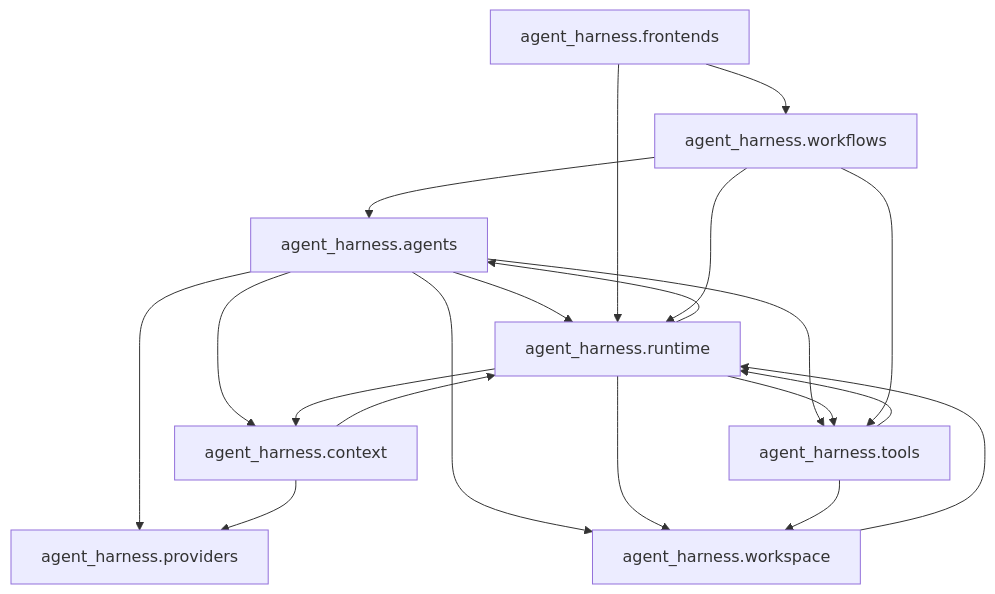
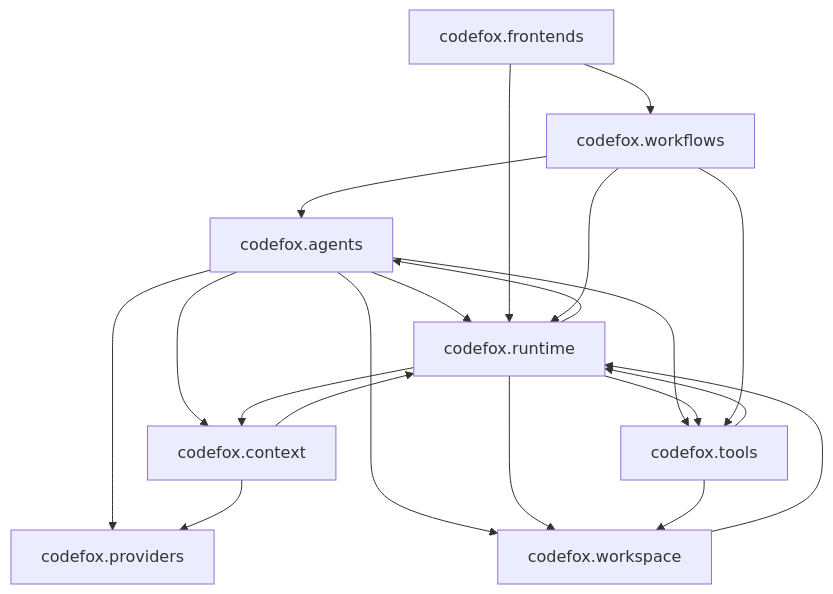
One commit to liminggao1/CodeFox changed the diagram in docs/research/2026-10-10-代码架构可视化工具调研.md. Above: the diagram before and after it, drawn with Mermaid. The commit also changed other lines of this file and 169 other files, not shown here.

````diff
--- a/docs/research/2026-10-10-代码架构可视化工具调研.md
+++ b/docs/research/2026-10-10-代码架构可视化工具调研.md
@@ -74,22 +74,22 @@
 ```mermaid
 graph TD
-    agent_harness.agents --> agent_harness.providers
-    agent_harness.agents --> agent_harness.runtime
-    agent_harness.agents --> agent_harness.tools
-    agent_harness.agents --> agent_harness.context
-    agent_harness.agents --> agent_harness.workspace
-    agent_harness.context --> agent_harness.providers
-    agent_harness.context --> agent_harness.runtime
-    agent_harness.frontends --> agent_harness.runtime
-    agent_harness.frontends --> agent_harness.workflows
-    agent_harness.runtime --> agent_harness.agents
-    agent_harness.runtime --> agent_harness.context
-    agent_harness.runtime --> agent_harness.workspace
-    agent_harness.runtime --> agent_harness.tools
-    agent_harness.tools --> agent_harness.workspace
-    agent_harness.tools --> agent_harness.runtime
-    agent_harness.workflows --> agent_harness.agents
-    agent_harness.workflows --> agent_harness.tools
-    agent_harness.workflows --> agent_harness.runtime
-    agent_harness.workspace --> agent_harness.runtime
+    codefox.agents --> codefox.providers
+    codefox.agents --> codefox.runtime
+    codefox.agents --> codefox.tools
+    codefox.agents --> codefox.context
+    codefox.agents --> codefox.workspace
+    codefox.context --> codefox.providers
+    codefox.context --> codefox.runtime
+    codefox.frontends --> codefox.runtime
+    codefox.frontends --> codefox.workflows
+    codefox.runtime --> codefox.agents
+    codefox.runtime --> codefox.context
+    codefox.runtime --> codefox.workspace
+    codefox.runtime --> codefox.tools
+    codefox.tools --> codefox.workspace
+    codefox.tools --> codefox.runtime
+    codefox.workflows --> codefox.agents
+    codefox.workflows --> codefox.tools
+    codefox.workflows --> codefox.runtime
+    codefox.workspace --> codefox.runtime
 ```
````
